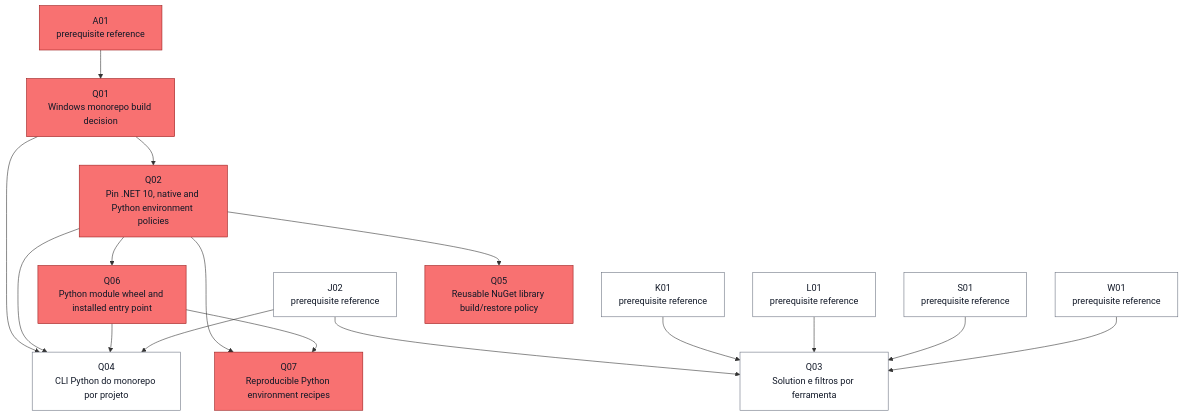
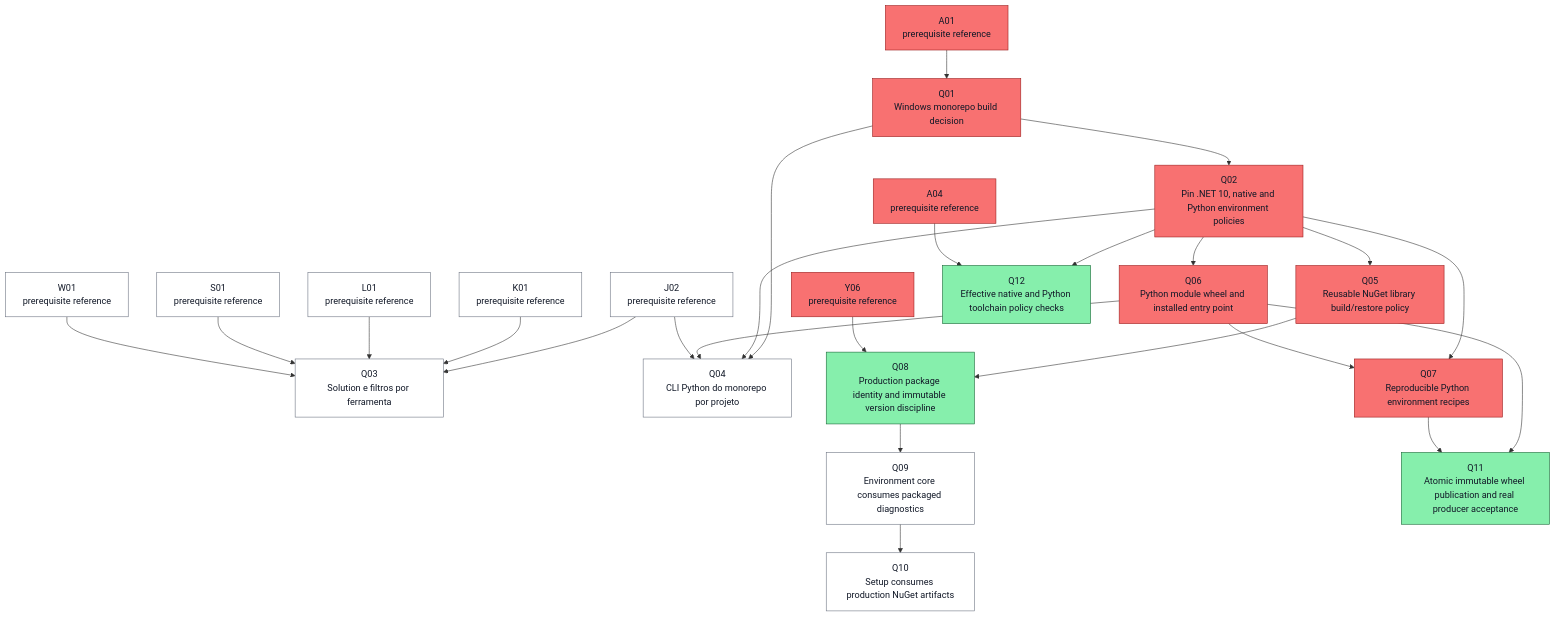
Before and after one commit to ocarizr/spaceraiders: diagram 18 of 27 in docs/task-dependencies.md, drawn with Mermaid. The commit also changed other lines of this file and 9 other files, not shown here.

````diff
--- a/docs/task-dependencies.md
+++ b/docs/task-dependencies.md
@@ -898,34 +1037,49 @@
 ```mermaid
 flowchart TD
     ref_Q_A01["A01<br/>prerequisite reference"]:::done
+    ref_Q_A04["A04<br/>prerequisite reference"]:::done
     ref_Q_J02["J02<br/>prerequisite reference"]:::pending
     ref_Q_K01["K01<br/>prerequisite reference"]:::pending
     ref_Q_L01["L01<br/>prerequisite reference"]:::pending
     ref_Q_S01["S01<br/>prerequisite reference"]:::pending
     ref_Q_W01["W01<br/>prerequisite reference"]:::pending
+    ref_Q_Y06["Y06<br/>prerequisite reference"]:::done
     Q01["Q01<br/>Windows monorepo build decision"]:::done
     Q02["Q02<br/>Pin .NET 10, native and Python environment policies"]:::done
     Q03["Q03<br/>Solution e filtros por ferramenta"]:::pending
     Q04["Q04<br/>CLI Python do monorepo por projeto"]:::pending
     Q05["Q05<br/>Reusable NuGet library build/restore policy"]:::done
     Q06["Q06<br/>Python module wheel and installed entry point"]:::done
     Q07["Q07<br/>Reproducible Python environment recipes"]:::done
+    Q08["Q08<br/>Production package identity and immutable version discipline"]:::ready
+    Q09["Q09<br/>Environment core consumes packaged diagnostics"]:::pending
+    Q10["Q10<br/>Setup consumes production NuGet artifacts"]:::pending
+    Q11["Q11<br/>Atomic immutable wheel publication and real producer acceptance"]:::ready
+    Q12["Q12<br/>Effective native and Python toolchain policy checks"]:::ready
     ref_Q_A01 --> Q01
     Q01 --> Q02
     ref_Q_J02 --> Q03
     ref_Q_K01 --> Q03
     ref_Q_L01 --> Q03
     ref_Q_S01 --> Q03
     ref_Q_W01 --> Q03
     Q01 --> Q04
     Q02 --> Q04
     Q06 --> Q04
     ref_Q_J02 --> Q04
     Q02 --> Q05
     Q02 --> Q06
     Q02 --> Q07
     Q06 --> Q07
+    Q05 --> Q08
+    ref_Q_Y06 --> Q08
+    Q08 --> Q09
+    Q09 --> Q10
+    Q06 --> Q11
+    Q07 --> Q11
+    Q02 --> Q12
+    ref_Q_A04 --> Q12
     classDef pending fill:#ffffff,stroke:#6b7280,color:#111827
     classDef ready fill:#86efac,stroke:#166534,color:#111827
     classDef done fill:#f87171,stroke:#991b1b,color:#111827
 ```
````
